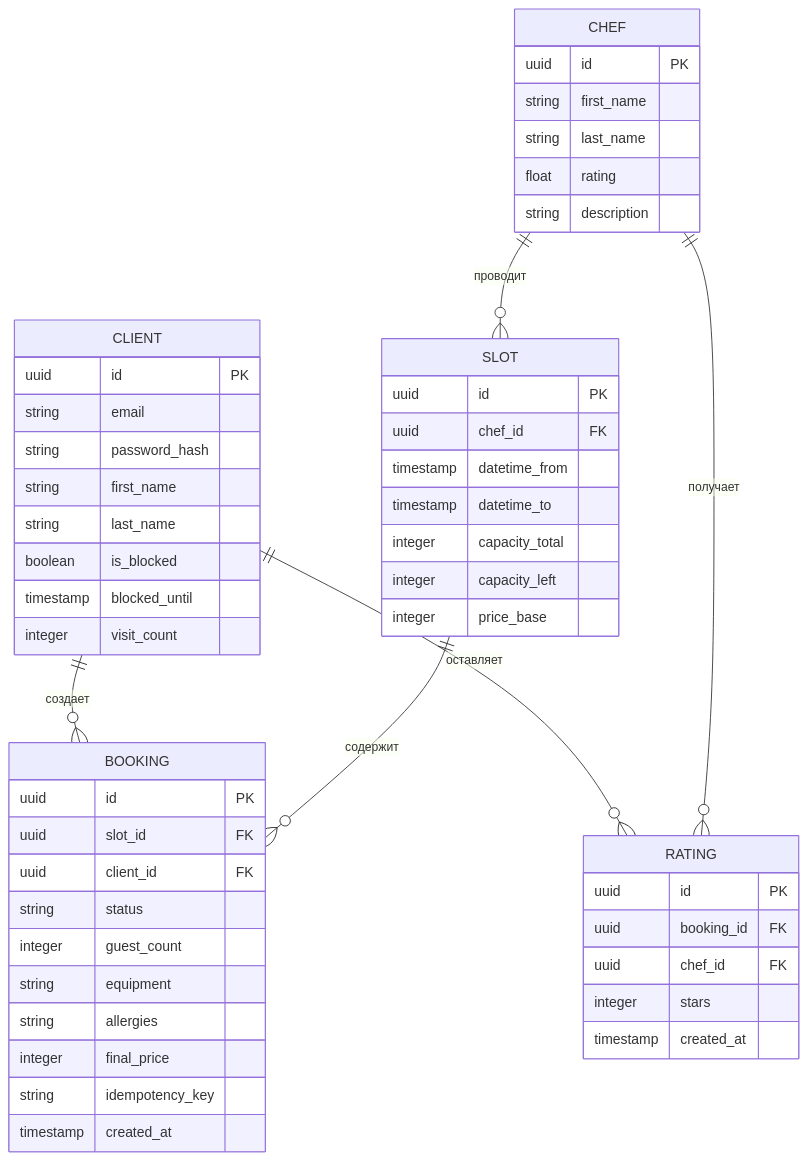
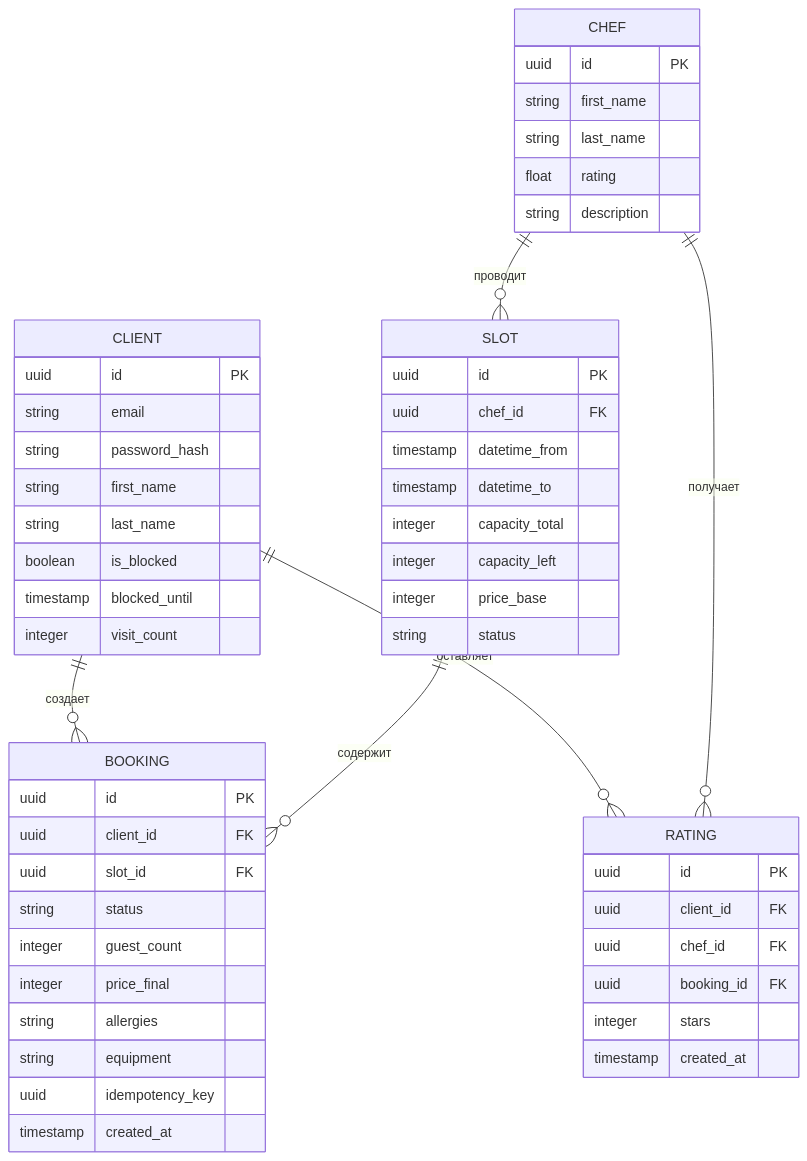
One commit to volchonok-a/cooking-studio-summer-school changed the diagram in 01-analytics/4-design/data-model.md. Above: the diagram before and after it, drawn with Mermaid. The commit also changed other lines of this file and 2 other files, not shown here.

````diff
--- a/01-analytics/4-design/data-model.md
+++ b/01-analytics/4-design/data-model.md
@@ -11,58 +11,60 @@
 ```mermaid
 erDiagram
     CLIENT ||--o{ BOOKING : "создает"
     CLIENT ||--o{ RATING : "оставляет"
     CHEF ||--o{ SLOT : "проводит"
     CHEF ||--o{ RATING : "получает"
     SLOT ||--o{ BOOKING : "содержит"
 
     CLIENT {
         uuid id PK
         string email
         string password_hash
         string first_name
         string last_name
         boolean is_blocked
         timestamp blocked_until
         integer visit_count
     }
 
     CHEF {
         uuid id PK
         string first_name
         string last_name
         float rating
         string description
     }
 
     SLOT {
         uuid id PK
         uuid chef_id FK
         timestamp datetime_from
         timestamp datetime_to
         integer capacity_total
         integer capacity_left
         integer price_base
+        string status
     }
 
     BOOKING {
         uuid id PK
+        uuid client_id FK
         uuid slot_id FK
-        uuid client_id FK
         string status
         integer guest_count
+        integer price_final
+        string allergies
         string equipment
-        string allergies
-        integer final_price
-        string idempotency_key
+        uuid idempotency_key
         timestamp created_at
     }
 
     RATING {
         uuid id PK
+        uuid client_id FK
+        uuid chef_id FK
         uuid booking_id FK
-        uuid chef_id FK
         integer stars
         timestamp created_at
     }
 ```
````
